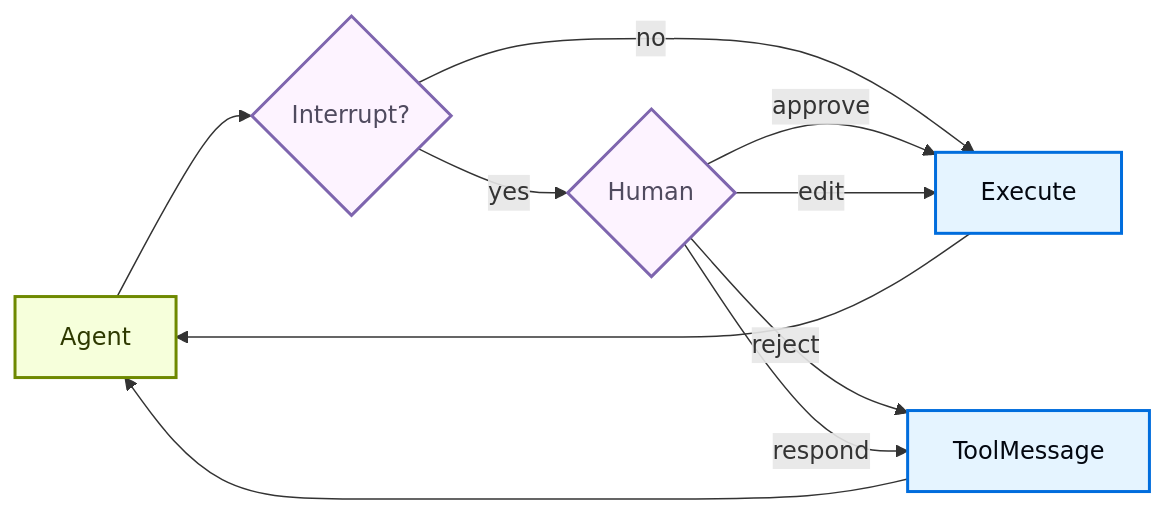
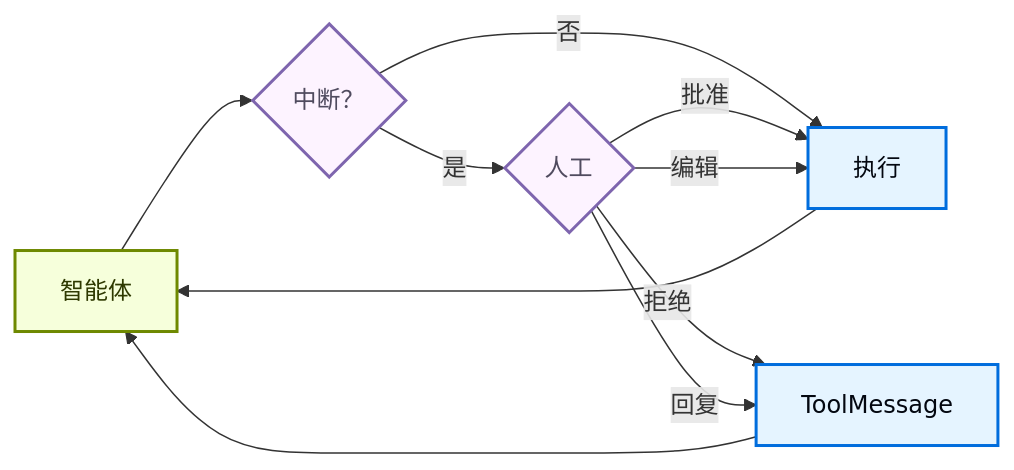
One commit to CodeFly16/langchain-cn-doc changed the diagram in oss/javascript/deepagents/human-in-the-loop.mdx. Above: the diagram before and after it, drawn with Mermaid. The commit also changed other lines of this file and 106 other files, not shown here.

````diff
--- a/oss/javascript/deepagents/human-in-the-loop.mdx
+++ b/oss/javascript/deepagents/human-in-the-loop.mdx
@@ -11,24 +11,24 @@
 ```mermaid
 graph LR
-    Agent[Agent] --> Check{Interrupt?}
-    Check --> |no| Execute[Execute]
-    Check --> |yes| Human{Human}
+    Agent[智能体] --> Check{中断？}
+    Check --> |否| Execute[执行]
+    Check --> |是| Human{人工}
 
-    Human --> |approve| Execute
-    Human --> |edit| Execute
-    Human --> |reject| ToolMessage[ToolMessage]
-    Human --> |respond| ToolMessage
+    Human --> |批准| Execute
+    Human --> |编辑| Execute
+    Human --> |拒绝| ToolMessage[ToolMessage]
+    Human --> |回复| ToolMessage
 
     Execute --> Agent
     ToolMessage --> Agent
 
     classDef trigger fill:#F6FFDB,stroke:#6E8900,stroke-width:2px,color:#2E3900
     classDef process fill:#E5F4FF,stroke:#006DDD,stroke-width:2px,color:#030710
     classDef decision fill:#FDF3FF,stroke:#7E65AE,stroke-width:2px,color:#504B5F
     classDef alert fill:#F8E8E6,stroke:#B27D75,stroke-width:2px,color:#634643
 
     class Agent trigger
     class Check,Human decision
     class Execute process
     class ToolMessage process
 ```
````
